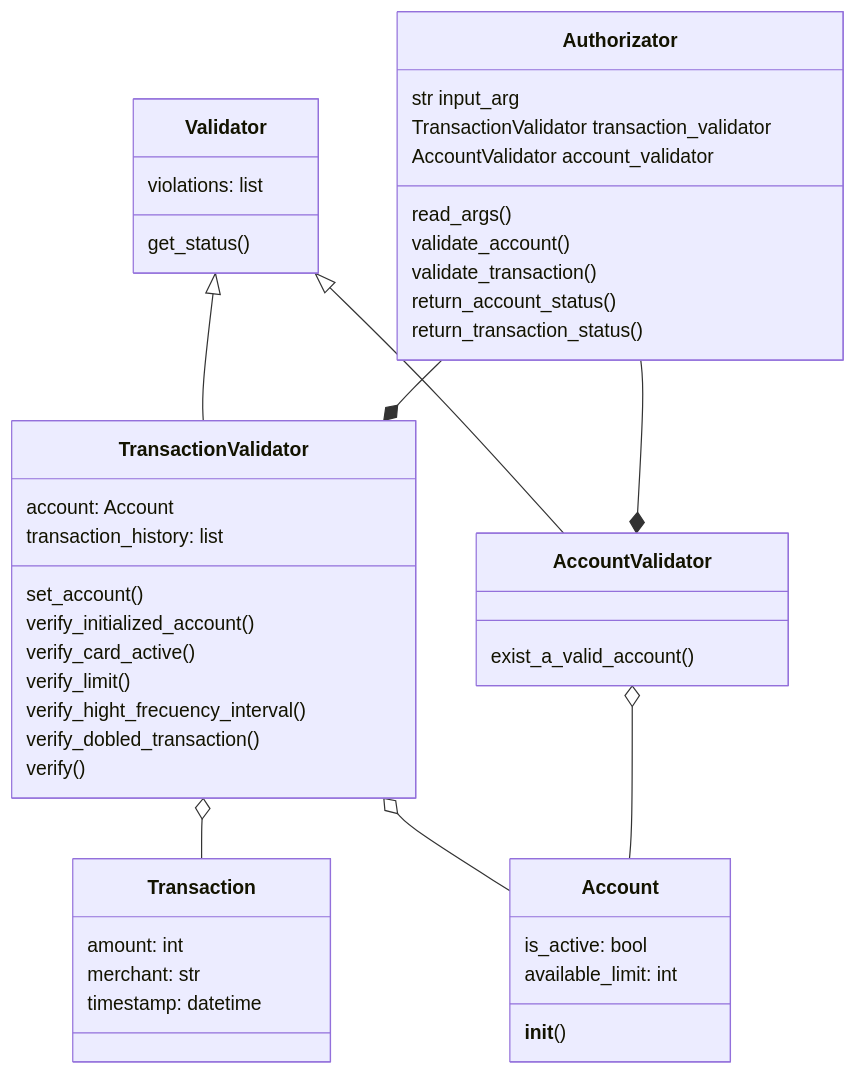
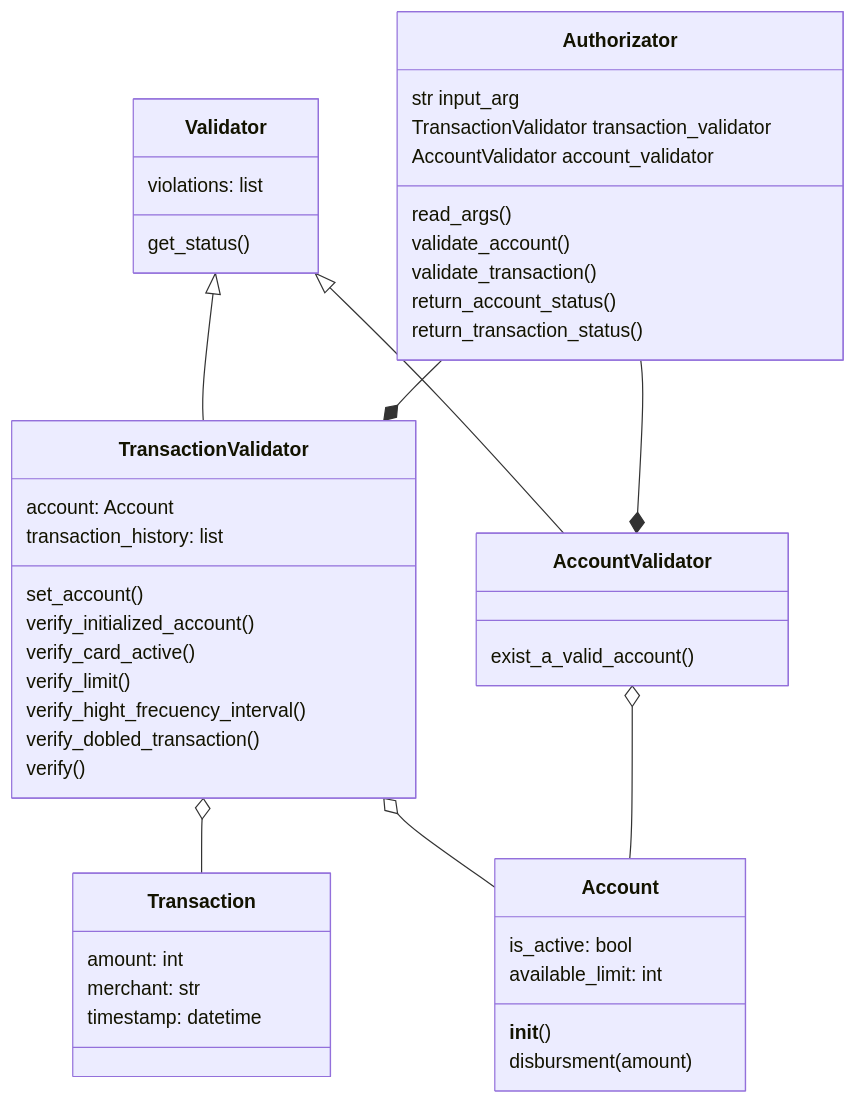
One commit to jesushl/authorizer changed the second of 2 diagrams in README.md. Above: the diagram before and after it, drawn with Mermaid. The commit also changed 1 other file, not shown here.

Commit message:
Definig account

````diff
--- a/README.md
+++ b/README.md
@@ -69,49 +69,50 @@
 ```mermaid
     classDiagram
 class Authorizator {
   str input_arg
   TransactionValidator transaction_validator
   AccountValidator account_validator
   read_args()
   validate_account()
   validate_transaction()
   return_account_status()
   return_transaction_status()
 }
 class Validator{
     violations: list <str>
     get_status()
 }
 class AccountValidator{
     exist_a_valid_account()
 }
 class TransactionValidator{
     account: Account
     transaction_history: list<Transaction>
     set_account()
     verify_initialized_account()
     verify_card_active()
     verify_limit()
     verify_hight_frecuency_interval()
     verify_dobled_transaction()
     verify()
 
 }
 class Account{
     is_active: bool
     available_limit: int
     __init__(<json_account>)
+    disbursment(amount)
 }
 class Transaction{
     amount: int
     merchant: str
     timestamp: datetime
 }
 TransactionValidator o--Transaction
 TransactionValidator o-- Account
 AccountValidator o-- Account
 Validator <|-- AccountValidator
 Validator <|-- TransactionValidator
 Authorizator --* TransactionValidator
 Authorizator --* AccountValidator
 ```
````
